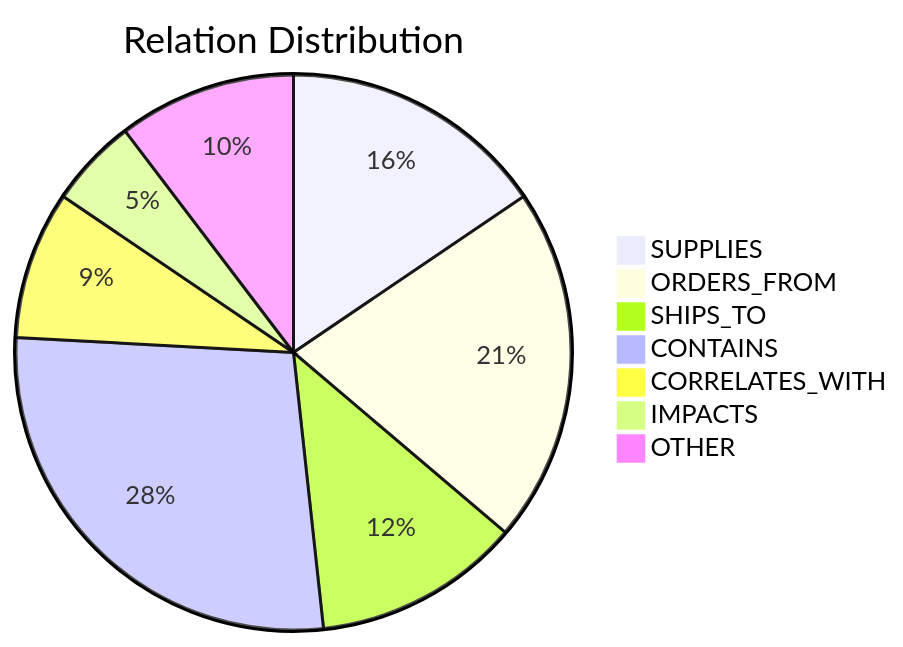
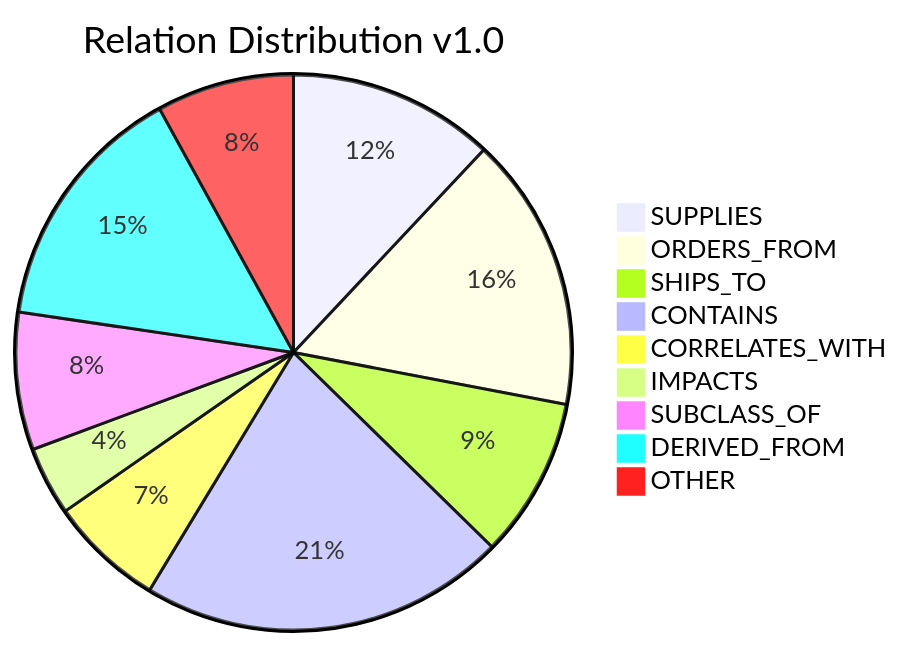
Before and after one commit to sabill123/ontology: diagram 11 of 12 in docs/diagrams/06-knowledge-graph.md, drawn with Mermaid. The commit also changed other lines of this file and 176 other files, not shown here.

````diff
--- a/docs/diagrams/06-knowledge-graph.md
+++ b/docs/diagrams/06-knowledge-graph.md
@@ -426,10 +548,12 @@
 ```mermaid
-pie title Relation Distribution
+pie title Relation Distribution v1.0
     "SUPPLIES" : 45
     "ORDERS_FROM" : 60
     "SHIPS_TO" : 35
     "CONTAINS" : 80
     "CORRELATES_WITH" : 25
     "IMPACTS" : 15
+    "SUBCLASS_OF" : 30
+    "DERIVED_FROM" : 55
     "OTHER" : 30
 ```
````
